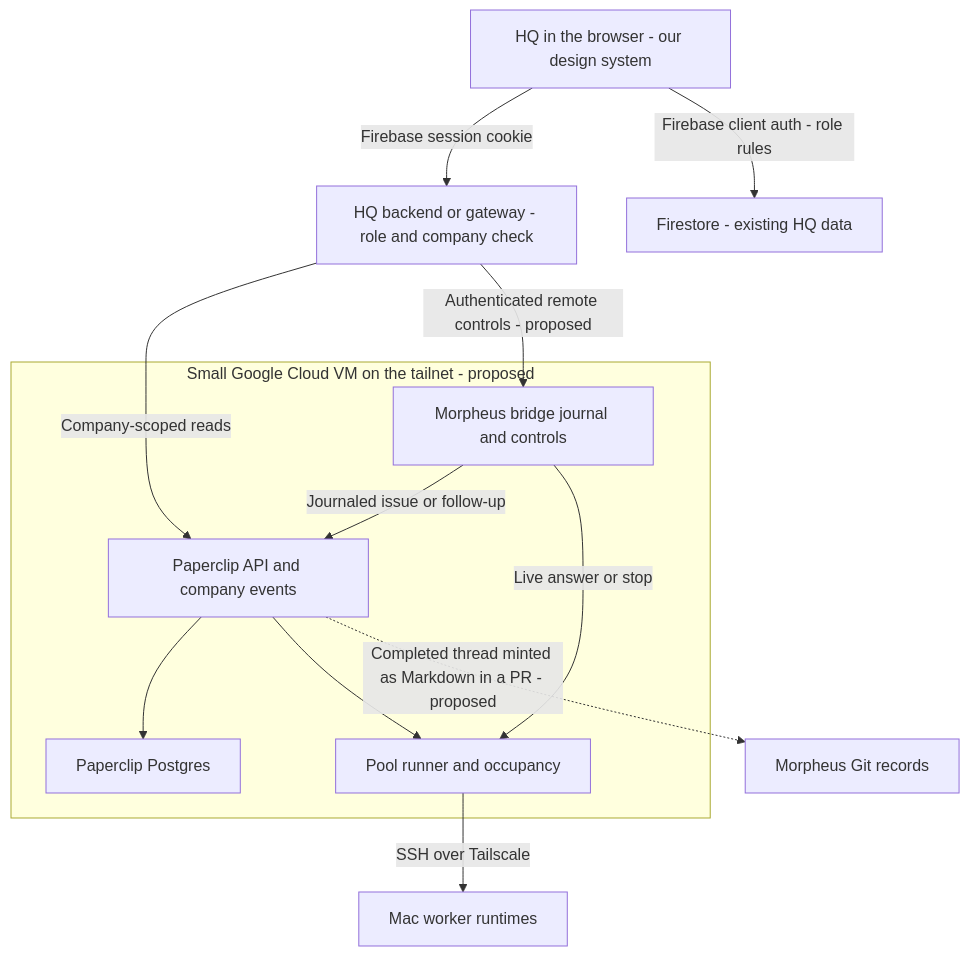
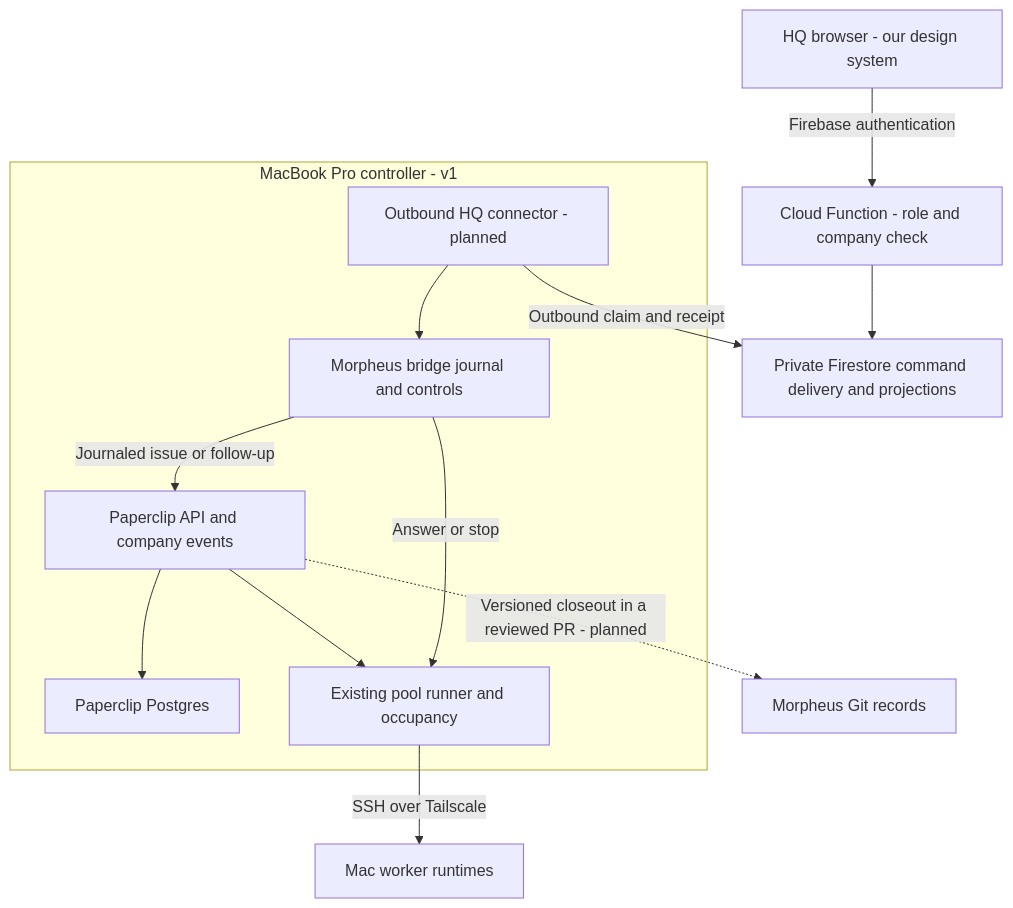
Before and after one commit to cpheinrich/morpheus: the fifth of 5 diagrams in docs/paperclip-overview.md, drawn with Mermaid. The commit also changed other lines of this file and 1 other file, not shown here.

Commit message:
docs: accept final HQ design answers and record implementation mandate

````diff
--- a/docs/paperclip-overview.md
+++ b/docs/paperclip-overview.md
@@ -336,19 +334,20 @@
 ```mermaid
 flowchart TB
-  subgraph VM[Small Google Cloud VM on the tailnet - proposed]
+  subgraph Mac[MacBook Pro controller - v1]
     API[Paperclip API and company events]
     Postgres[Paperclip Postgres]
-    Runner[Pool runner and occupancy]
+    Runner[Existing pool runner and occupancy]
     Controls[Morpheus bridge journal and controls]
+    Connector[Outbound HQ connector - planned]
     API --> Postgres
     API --> Runner
+    Connector --> Controls
     Controls -->|Journaled issue or follow-up| API
-    Controls -->|Live answer or stop| Runner
+    Controls -->|Answer or stop| Runner
   end
-  Browser[HQ in the browser - our design system] -->|Firebase session cookie| Route[HQ backend or gateway - role and company check]
-  Browser -->|Firebase client auth - role rules| Firestore[Firestore - existing HQ data]
-  Route -->|Company-scoped reads| API
-  Route -->|Authenticated remote controls - proposed| Controls
-  Runner -->|SSH over Tailscale| Macs[Mac worker runtimes]
-  API -.->|Completed thread minted as Markdown in a PR - proposed| Git[Morpheus Git records]
+  Browser[HQ browser - our design system] -->|Firebase authentication| Function[Cloud Function - role and company check]
+  Function --> Transport[Private Firestore command delivery and projections]
+  Connector -->|Outbound claim and receipt| Transport
+  Runner -->|SSH over Tailscale| Workers[Mac worker runtimes]
+  API -.->|Versioned closeout in a reviewed PR - planned| Git[Morpheus Git records]
 ```
````
